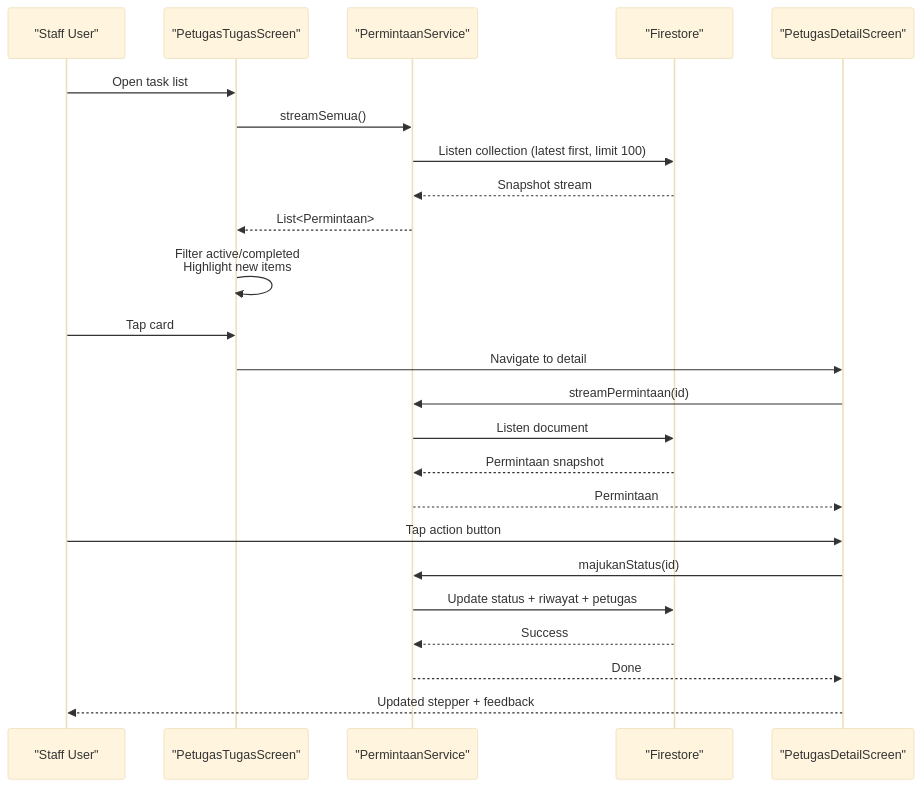
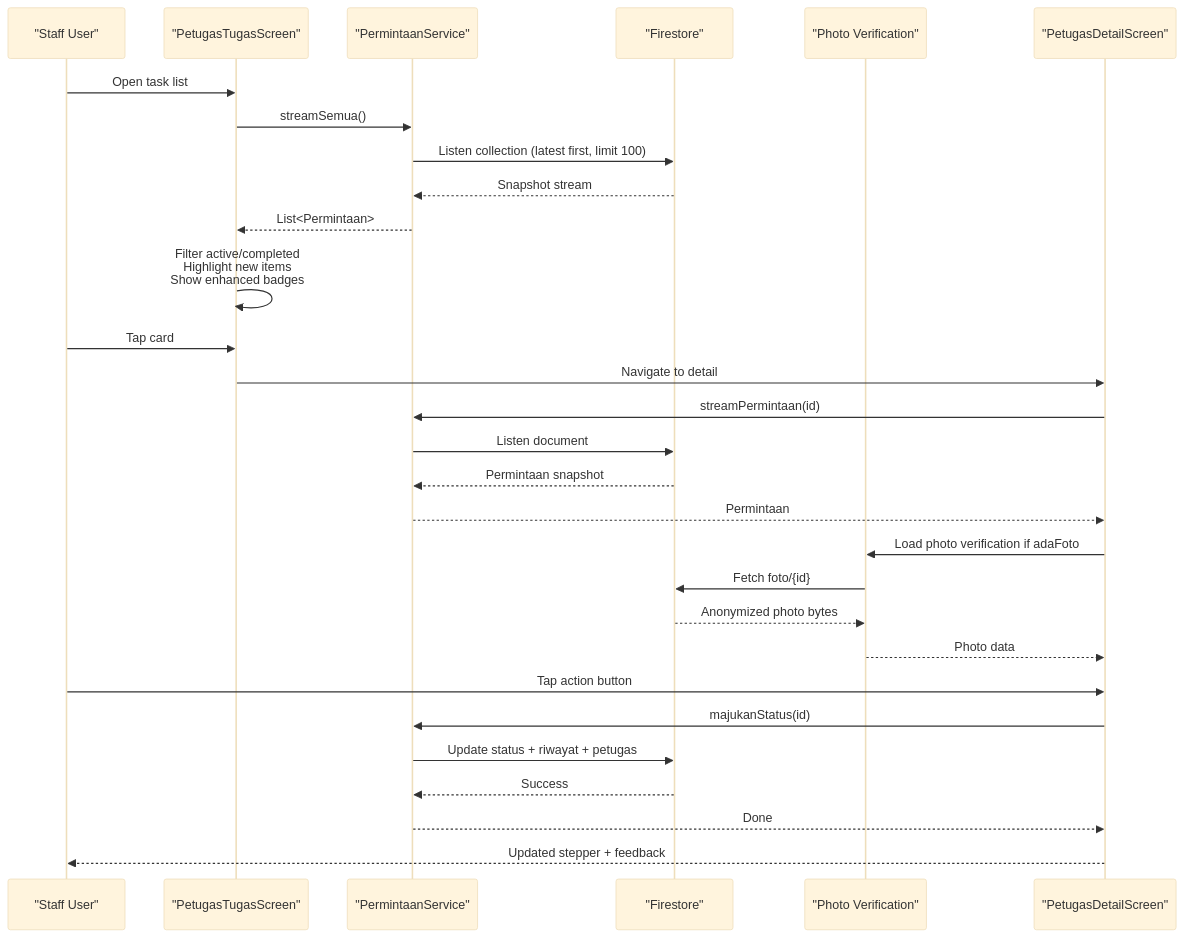
Before and after one commit to rdsarjito/whoosh-ramah: the second of 10 diagrams in .qoder/repowiki/en/content/Mobile Application/Staff Workflow/Staff Workflow.md, drawn with Mermaid (base theme). The commit also changed other lines of this file and 68 other files, not shown here.

````diff
--- a/.qoder/repowiki/en/content/Mobile Application/Staff Workflow/Staff Workflow.md
+++ b/.qoder/repowiki/en/content/Mobile Application/Staff Workflow/Staff Workflow.md
@@ -126,26 +144,31 @@
 ```mermaid
 sequenceDiagram
 participant User as "Staff User"
 participant ListUI as "PetugasTugasScreen"
 participant Service as "PermintaanService"
 participant DB as "Firestore"
+participant PhotoSys as "Photo Verification"
 participant DetailUI as "PetugasDetailScreen"
 User->>ListUI : Open task list
 ListUI->>Service : streamSemua()
 Service->>DB : Listen collection (latest first, limit 100)
 DB-->>Service : Snapshot stream
 Service-->>ListUI : List<Permintaan>
-ListUI->>ListUI : Filter active/completed<br/>Highlight new items
+ListUI->>ListUI : Filter active/completed<br/>Highlight new items<br/>Show enhanced badges
 User->>ListUI : Tap card
 ListUI->>DetailUI : Navigate to detail
 DetailUI->>Service : streamPermintaan(id)
 Service->>DB : Listen document
 DB-->>Service : Permintaan snapshot
 Service-->>DetailUI : Permintaan
+DetailUI->>PhotoSys : Load photo verification if adaFoto
+PhotoSys->>DB : Fetch foto/{id}
+DB-->>PhotoSys : Anonymized photo bytes
+PhotoSys-->>DetailUI : Photo data
 User->>DetailUI : Tap action button
 DetailUI->>Service : majukanStatus(id)
 Service->>DB : Update status + riwayat + petugas
 DB-->>Service : Success
 Service-->>DetailUI : Done
 DetailUI-->>User : Updated stepper + feedback
 ```
````
